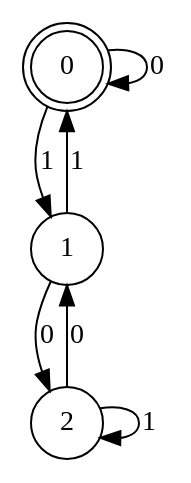
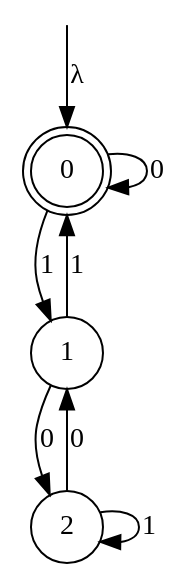
Before and after one commit to llee454/fsm: the diagram in coq-model/Machine.dot, drawn with Graphviz. The commit also changed 1 other file, not shown here.

Commit message:
Revised the machine diagram.

```diff
--- a/coq-model/Machine.dot
+++ b/coq-model/Machine.dot
@@ -1,10 +1,13 @@
 digraph example {
   node [shape = circle]
   0 [shape = doublecircle]
+  nil [label= "", shape=none,height=.0,width=.0]
+
+  nil -> 0 [label = "λ"]
   0 -> 0 [label = "0"]
   0 -> 1 [label = "1"]
   1 -> 2 [label = "0"]
   1 -> 0 [label = "1"]
   2 -> 1 [label = "0"]
   2 -> 2 [label = "1"]
 }
```
